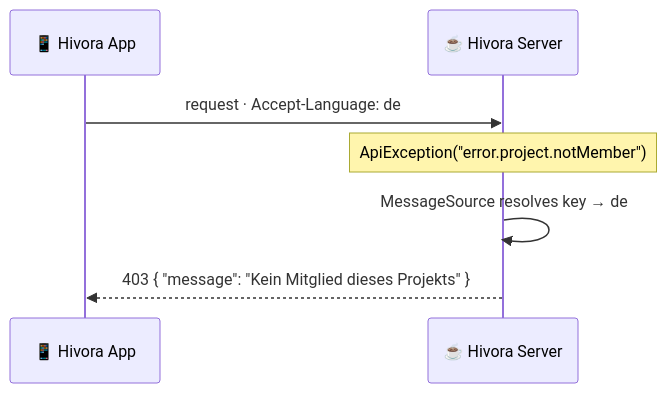
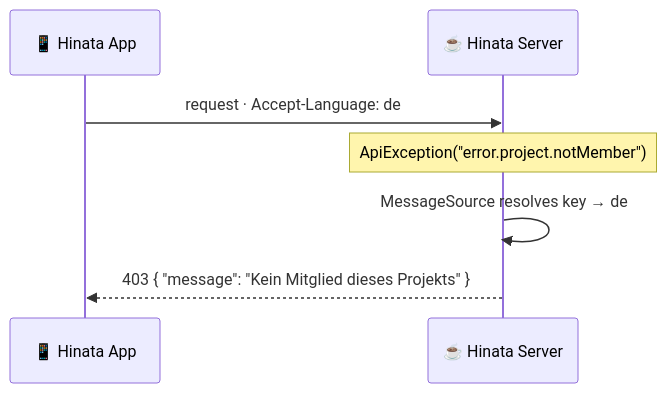
One commit to hinata-platform/hinata-server changed the first of 2 diagrams in README.md. Above: the diagram before and after it, drawn with Mermaid. The commit also changed other lines of this file, not shown here.

````diff
--- a/README.md
+++ b/README.md
@@ -75,9 +76,9 @@
 ```mermaid
 sequenceDiagram
-    participant App as 📱 Hivora App
-    participant Srv as ☕ Hivora Server
+    participant App as 📱 Hinata App
+    participant Srv as ☕ Hinata Server
     App->>Srv: request · Accept-Language: de
     Note over Srv: ApiException("error.project.notMember")
     Srv->>Srv: MessageSource resolves key → de
     Srv-->>App: 403 { "message": "Kein Mitglied dieses Projekts" }
 ```
````
